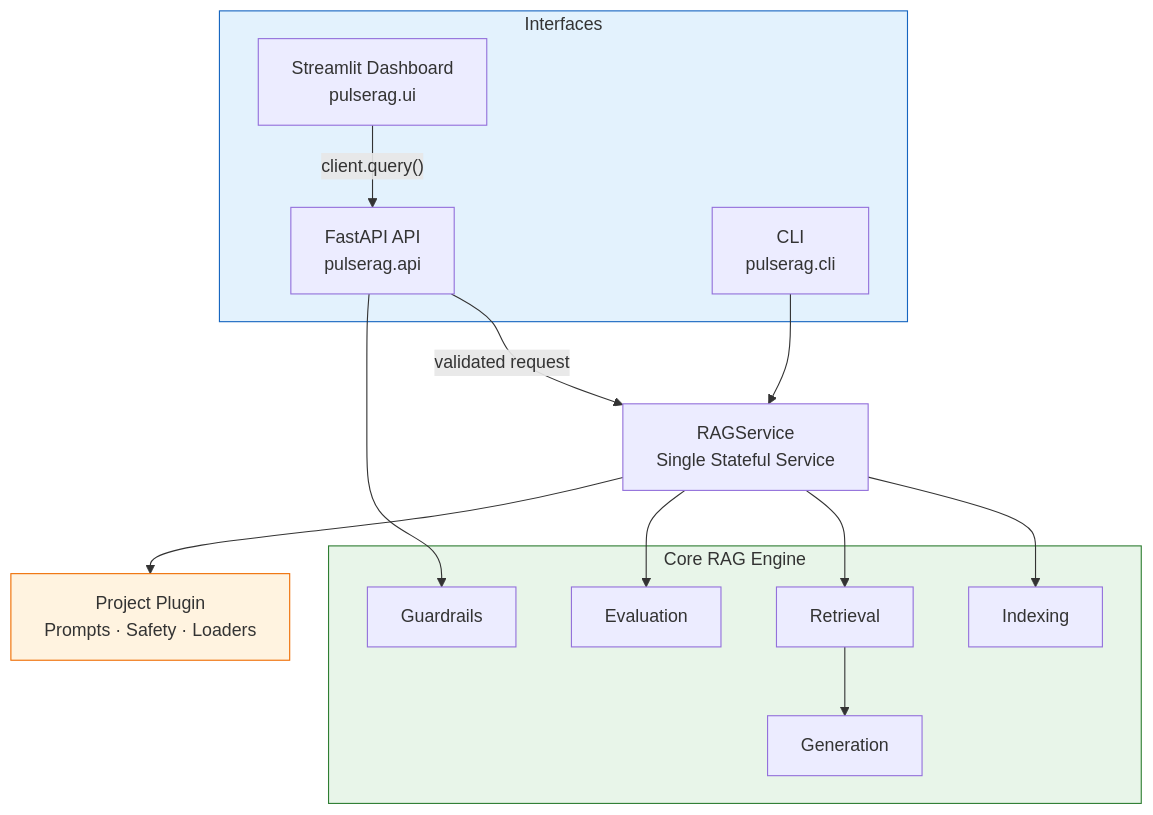
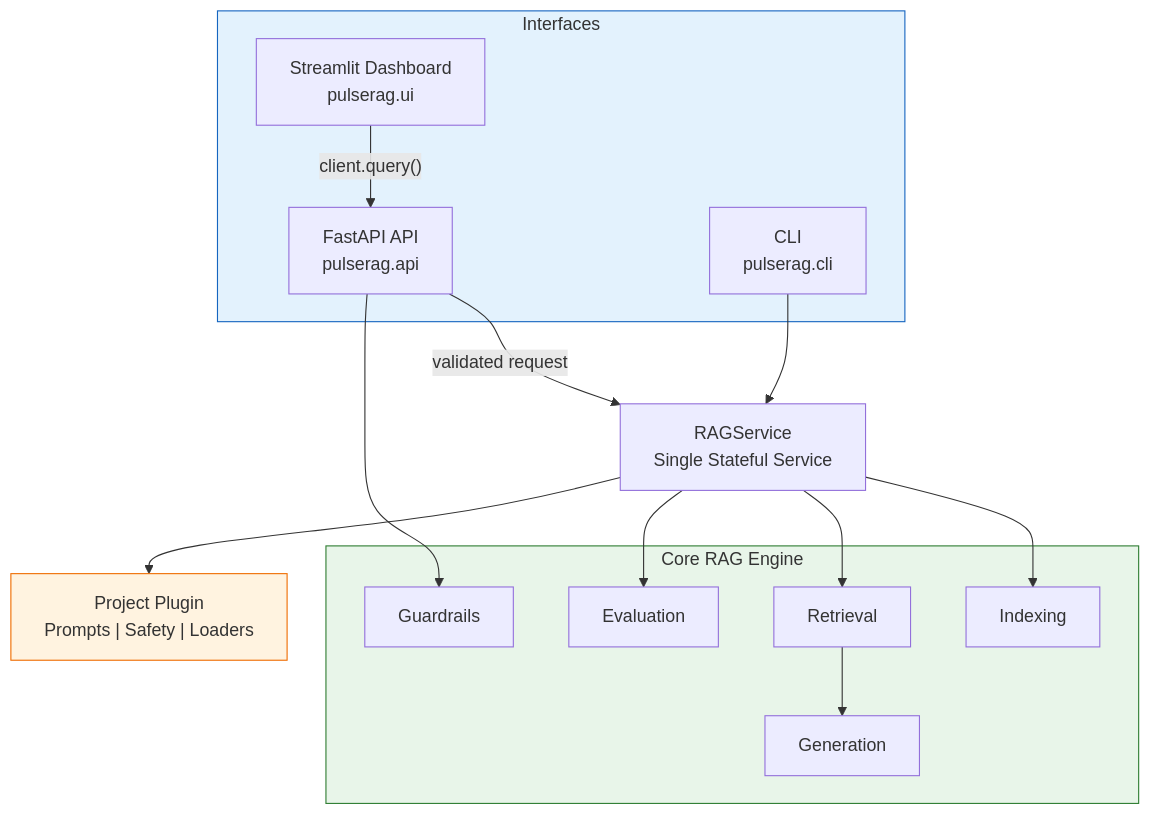
The first of 6 diagrams in docs/HLD.md (abhishek-tiwari-nitrr/PulseRAG), drawn with Mermaid before and after one commit. The commit also changed other lines of this file and 15 other files, not shown here.

First line of the commit message:
feat(platform): establish foundation and architecture

````diff
--- a/docs/HLD.md
+++ b/docs/HLD.md
@@ -17,37 +17,37 @@
 ```mermaid
 flowchart TB
 
     subgraph INTERFACES["Interfaces"]
         UI["Streamlit Dashboard<br/>pulserag.ui"]
         API["FastAPI API<br/>pulserag.api"]
         CLI["CLI<br/>pulserag.cli"]
     end
 
     SVC["RAGService<br/>Single Stateful Service"]
 
     subgraph CORE["Core RAG Engine"]
         IDX["Indexing"]
         RET["Retrieval"]
         GEN["Generation"]
         GRD["Guardrails"]
         EVAL["Evaluation"]
     end
 
-    PLUG["Project Plugin<br/>Prompts · Safety · Loaders"]
+    PLUG["Project Plugin<br/>Prompts | Safety | Loaders"]
 
     UI -->|"client.query()"| API
     API -->|"validated request"| SVC
     CLI --> SVC
 
     API --> GRD
 
     SVC --> IDX
     SVC --> RET
     RET --> GEN
     SVC --> EVAL
     SVC --> PLUG
 
     style INTERFACES fill:#e3f2fd,stroke:#1565c0
     style CORE fill:#e8f5e9,stroke:#2e7d32
     style PLUG fill:#fff3e0,stroke:#ef6c00
 ```
````
